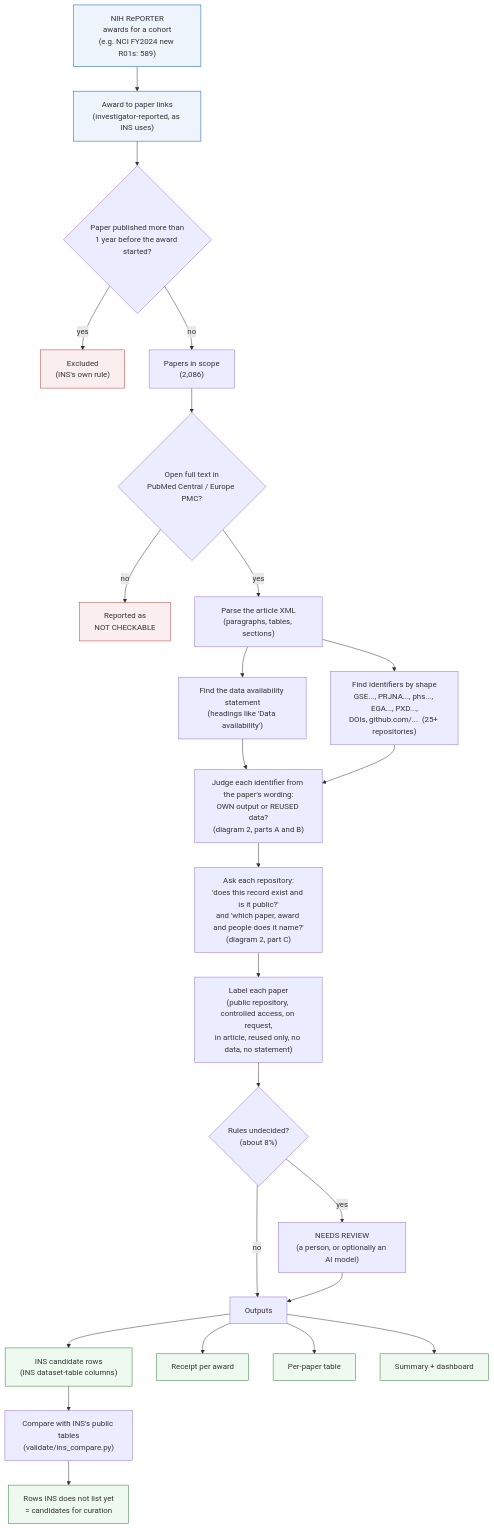
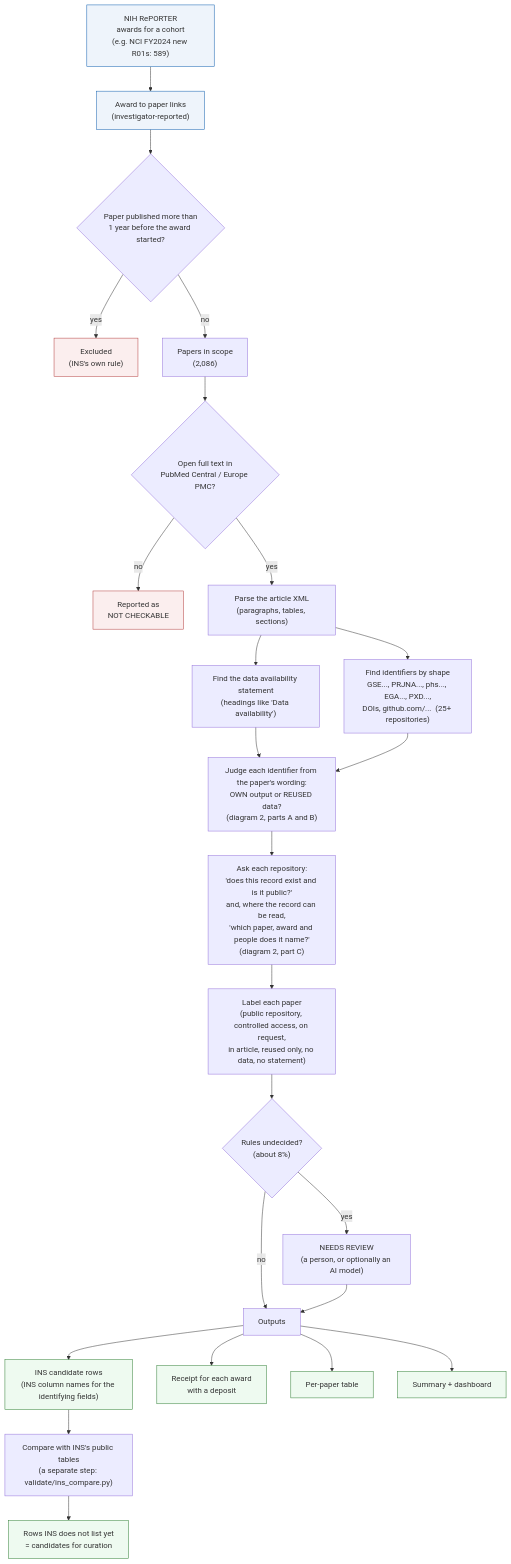
One commit to output-receipts/output-receipts changed the first of 2 diagrams in FLOWCHART.md. Above: the diagram before and after it, drawn with Mermaid. The commit also changed other lines of this file and 24 other files, not shown here.

````diff
--- a/FLOWCHART.md
+++ b/FLOWCHART.md
@@ -8,33 +8,33 @@
 ```mermaid
 flowchart TD
-    A["NIH RePORTER<br/>awards for a cohort<br/>(e.g. NCI FY2024 new R01s: 589)"] --> B["Award to paper links<br/>(investigator-reported, as INS uses)"]
+    A["NIH RePORTER<br/>awards for a cohort<br/>(e.g. NCI FY2024 new R01s: 589)"] --> B["Award to paper links<br/>(investigator-reported)"]
     B --> C{"Paper published more than<br/>1 year before the award started?"}
     C -- yes --> X1["Excluded<br/>(INS's own rule)"]
     C -- no --> D["Papers in scope<br/>(2,086)"]
     D --> E{"Open full text in<br/>PubMed Central / Europe PMC?"}
     E -- no --> X2["Reported as<br/>NOT CHECKABLE"]
     E -- yes --> F["Parse the article XML<br/>(paragraphs, tables, sections)"]
     F --> G["Find the data availability statement<br/>(headings like 'Data availability')"]
     F --> H["Find identifiers by shape<br/>GSE..., PRJNA..., phs..., EGA..., PXD...,<br/>DOIs, github.com/...  (25+ repositories)"]
     G --> I
     H --> I["Judge each identifier from the paper's wording:<br/>OWN output or REUSED data?<br/>(diagram 2, parts A and B)"]
-    I --> J["Ask each repository:<br/>'does this record exist and is it public?'<br/>and 'which paper, award and people does it name?'<br/>(diagram 2, part C)"]
+    I --> J["Ask each repository:<br/>'does this record exist and is it public?'<br/>and, where the record can be read,<br/>'which paper, award and people does it name?'<br/>(diagram 2, part C)"]
     J --> K["Label each paper<br/>(public repository, controlled access, on request,<br/>in article, reused only, no data, no statement)"]
     K --> L{"Rules undecided?<br/>(about 8%)"}
     L -- yes --> M["NEEDS REVIEW<br/>(a person, or optionally an AI model)"]
     L -- no --> N
     M --> N["Outputs"]
-    N --> O1["INS candidate rows<br/>(INS dataset-table columns)"]
-    N --> O2["Receipt per award"]
+    N --> O1["INS candidate rows<br/>(INS column names for the identifying fields)"]
+    N --> O2["Receipt for each award<br/>with a deposit"]
     N --> O3["Per-paper table"]
     N --> O4["Summary + dashboard"]
-    O1 --> P["Compare with INS's public tables<br/>(validate/ins_compare.py)"]
+    O1 --> P["Compare with INS's public tables<br/>(a separate step: validate/ins_compare.py)"]
     P --> Q["Rows INS does not list yet<br/>= candidates for curation"]
 
     classDef ext fill:#eef4fb,stroke:#0b5cad;
     classDef out fill:#eefaf0,stroke:#2e7d32;
     classDef drop fill:#fbeeee,stroke:#b23b3b;
     class A,B ext;
     class O1,O2,O3,O4,Q out;
     class X1,X2 drop;
 ```
````
